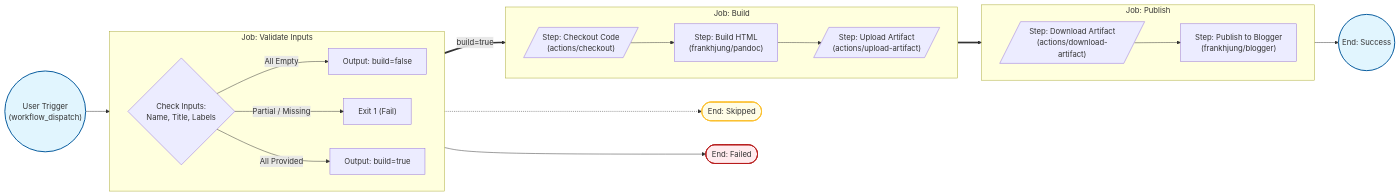
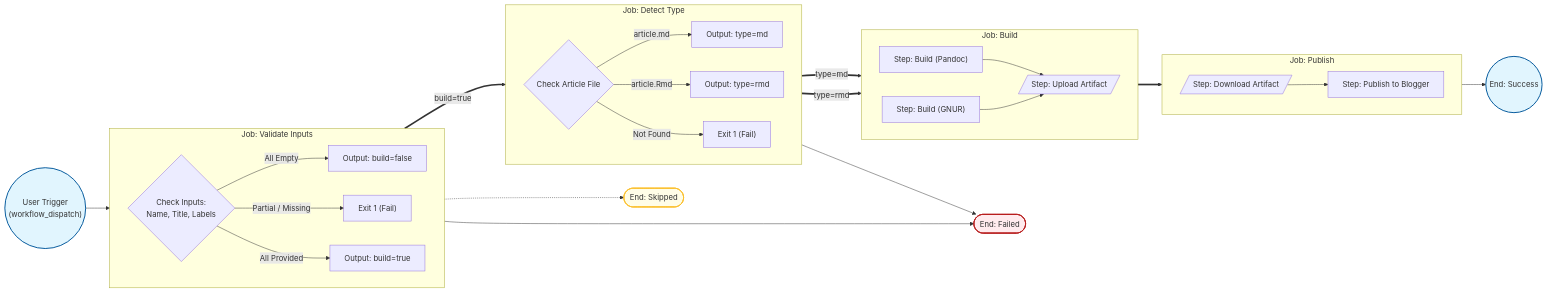
Before and after one commit to frankhjung/article-markdown: the diagram in README.md, drawn with Mermaid. The commit also changed other lines of this file and 10 other files, not shown here.

````diff
--- a/README.md
+++ b/README.md
@@ -22,54 +26,63 @@
 ```mermaid
 graph LR
     %% Trigger
     Start(("User Trigger<br/>(workflow_dispatch)")) --> ValidateJob
 
     %% Job: Validate
     subgraph ValidateJob ["Job: Validate Inputs"]
         direction LR
         InputLogic{"Check Inputs:<br/>Name, Title, Labels"}
 
         InputLogic -- "All Empty" --> OutputSkip["Output: build=false"]
         InputLogic -- "Partial / Missing" --> ExitFail["Exit 1 (Fail)"]
         InputLogic -- "All Provided" --> OutputBuild["Output: build=true"]
     end
 
+    %% Job: Detect
+    subgraph DetectJob ["Job: Detect Type"]
+        direction LR
+        DetectLogic{"Check Article File"}
+        DetectLogic -- "article.md" --> TypeMD["Output: type=md"]
+        DetectLogic -- "article.Rmd" --> TypeRMD["Output: type=rmd"]
+        DetectLogic -- "Not Found" --> DetectFail["Exit 1 (Fail)"]
+    end
+
    %% Conditional Logic between Jobs
     OutputSkip -.-> EndSkip([End: Skipped])
     ExitFail --> EndFail([End: Failed])
-   OutputBuild ==>|build=true| StepCheckout
+    OutputBuild ==>|build=true| DetectJob
+    DetectFail --> EndFail
 
       %% Job: Build
       subgraph BuildJob ["Job: Build"]
         direction LR
 
-        StepCheckout[/"Step: Checkout Code<br/>(actions/checkout)"/]
-        StepPandoc["Step: Build HTML<br/>(frankhjung/pandoc)"]
-        StepUpload[/"Step: Upload Artifact<br/>(actions/upload-artifact)"/]
-
-        StepCheckout --> StepPandoc
-        StepPandoc --> StepUpload
+        TypeMD ==>|type=md| StepPandoc["Step: Build (Pandoc)"]
+        TypeRMD ==>|type=rmd| StepGNUR["Step: Build (GNUR)"]
+        
+        StepPandoc --> StepUpload[/"Step: Upload Artifact"/]
+        StepGNUR --> StepUpload
     end
 
     %% Job: Publish
     subgraph PublishJob ["Job: Publish"]
         direction LR
-        StepDownload[/"Step: Download Artifact<br/>(actions/download-artifact)"/]
-        StepBlogger["Step: Publish to Blogger<br/>(frankhjung/blogger)"]
+        StepDownload[/"Step: Download Artifact"/]
+        StepBlogger["Step: Publish to Blogger"]
 
         StepDownload --> StepBlogger
     end
 
     %% End State
     StepUpload ==> StepDownload
     StepBlogger --> EndSuccess((End: Success))
 
     %% Styling
     classDef green fill:#e1f5fe,stroke:#01579b,stroke-width:2px;
     classDef red fill:#ffebee,stroke:#b71c1c,stroke-width:2px;
     classDef yellow fill:#fffde7,stroke:#fbc02d,stroke-width:2px;
 
     class Start,EndSuccess green;
     class EndFail red;
     class EndSkip yellow;
 ```
````
